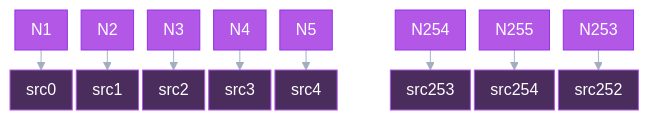
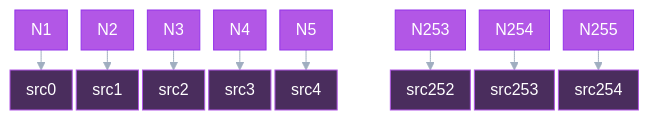
Before and after one commit to Jaded-Encoding-Thaumaturgy/JET-guide: the third of 3 diagrams in docs/filtering/expr.md, drawn with Mermaid. The commit also changed other lines of this file, not shown here.

````diff
--- a/docs/filtering/expr.md
+++ b/docs/filtering/expr.md
@@ -364,53 +367,54 @@
 ```mermaid
 %%{
   init: {
     'theme': 'base',
     'themeVariables': {
       'primaryColor': '#b257e6',
       'primaryTextColor': '#ffffff',
       'primaryBorderColor': '#9333ea',
       'lineColor': '#a0aec0',
       'secondaryColor': '#2d3748',
       'tertiaryColor': '#4a2d5d'
     },
     'flowchart': {
       'curve': 'basis',
       'padding': 8,
       'nodeSpacing': 4,
       'rankSpacing': 20
     }
   }
 }%%
 
 graph TD
     classDef node fill:#b257e6,stroke:#9333ea,color:#ffffff,stroke-width:1px;
     classDef char fill:#4a2d5d,stroke:#b257e6,color:#ffffff,stroke-width:1px;
     classDef skip fill:none,stroke:none;
 
     N1["N1"]:::node
     N2["N2"]:::node
     N3["N3"]:::node
     N4["N4"]:::node
     N5["N5"]:::node
     skip1["⟶"]:::skip
+    N253["N253"]:::node
     N254["N254"]:::node
     N255["N255"]:::node
 
     C1["src0"]:::char
     C2["src1"]:::char
     C3["src2"]:::char
     C4["src3"]:::char
     C5["src4"]:::char
     C253["src252"]:::char
     C254["src253"]:::char
     C255["src254"]:::char
 
     N1 --> C1
     N2 --> C2
     N3 --> C3
     N4 --> C4
     N5 --> C5
     N253 --> C253
     N254 --> C254
     N255 --> C255
 ```
````
